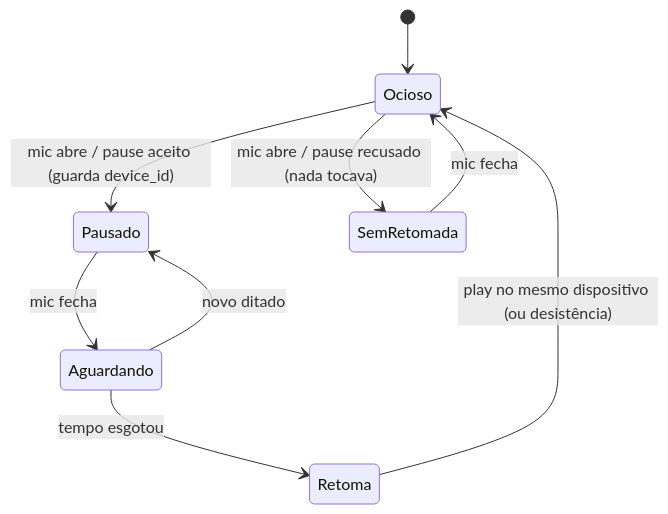
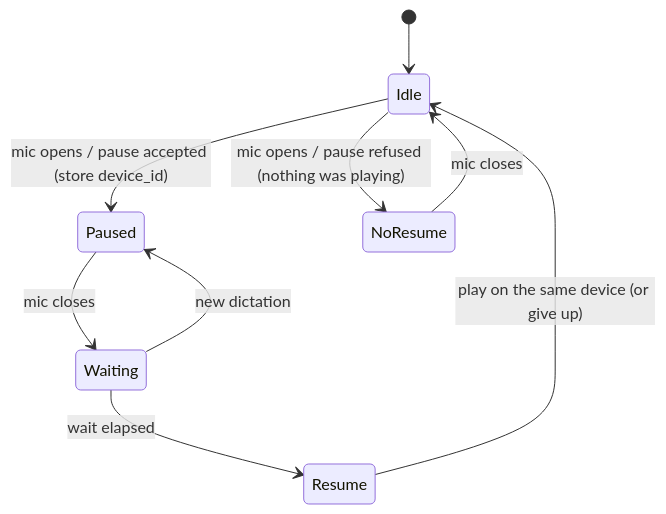
One commit to drecchia/flowpause-wisprflow-spotify changed the diagram in docs/spec.md. Above: the diagram before and after it, drawn with Mermaid. The commit also changed other lines of this file and 4 other files, not shown here.

````diff
--- a/docs/spec.md
+++ b/docs/spec.md
@@ -99,11 +98,11 @@
 ```mermaid
 stateDiagram-v2
-    [*] --> Ocioso
-    Ocioso --> Pausado: mic abre / pause aceito (guarda device_id)
-    Ocioso --> SemRetomada: mic abre / pause recusado (nada tocava)
-    SemRetomada --> Ocioso: mic fecha
-    Pausado --> Aguardando: mic fecha
-    Aguardando --> Pausado: novo ditado
-    Aguardando --> Retoma: tempo esgotou
-    Retoma --> Ocioso: play no mesmo dispositivo (ou desistência)
+    [*] --> Idle
+    Idle --> Paused: mic opens / pause accepted (store device_id)
+    Idle --> NoResume: mic opens / pause refused (nothing was playing)
+    NoResume --> Idle: mic closes
+    Paused --> Waiting: mic closes
+    Waiting --> Paused: new dictation
+    Waiting --> Resume: wait elapsed
+    Resume --> Idle: play on the same device (or give up)
 ```
````
